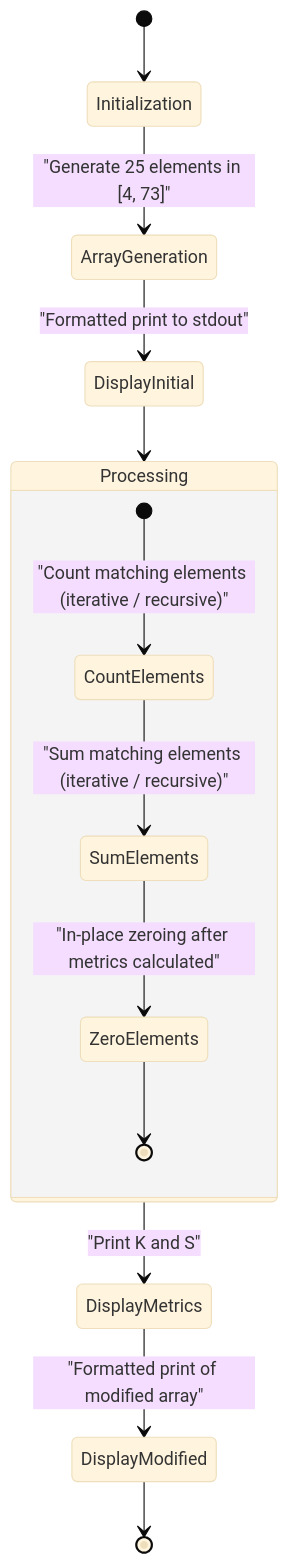
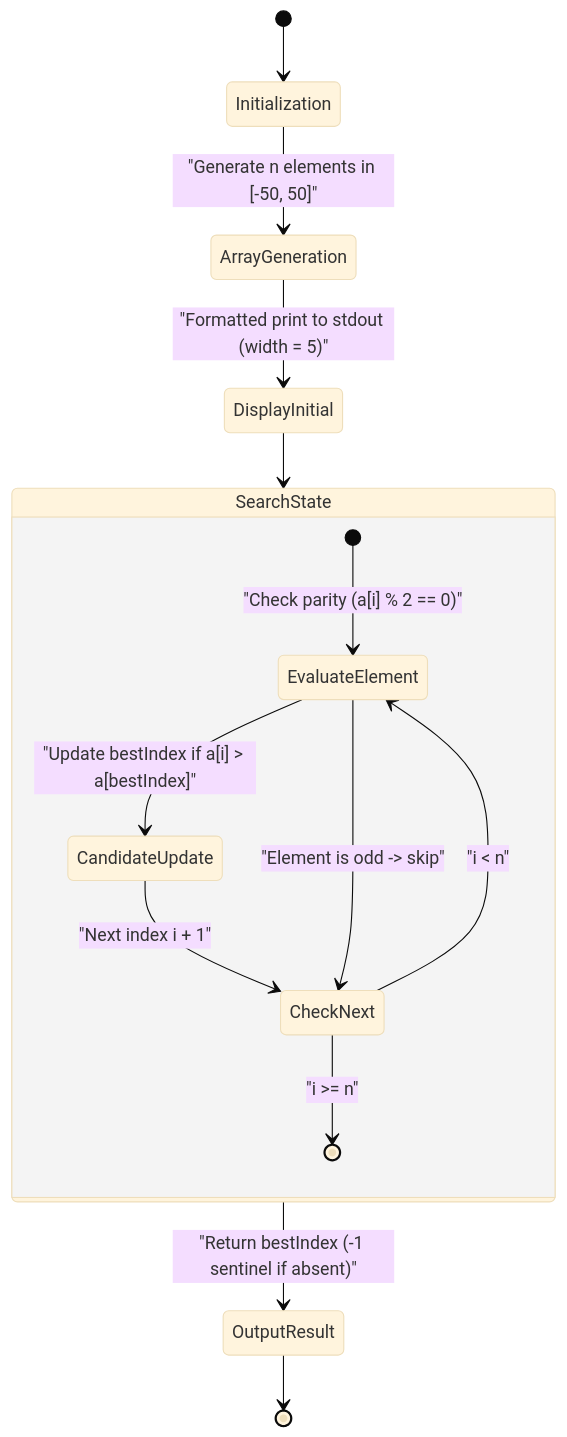
Before and after one commit to lviv-polytech/alg-cs-labs: the second of 3 diagrams in Lb6/README.md, drawn with Mermaid (base theme). The commit also changed other lines of this file and 4 other files, not shown here.

Commit message:
feat(lab-06): implement task 6.2 maximum even element search for variant 17

````diff
--- a/Lb6/README.md
+++ b/Lb6/README.md
@@ -58,18 +63,19 @@
 ```mermaid
 stateDiagram-v2
     [*] --> Initialization
-    Initialization --> ArrayGeneration: "Generate 25 elements in [4, 73]"
-    ArrayGeneration --> DisplayInitial: "Formatted print to stdout"
-    DisplayInitial --> Processing
+    Initialization --> ArrayGeneration: "Generate n elements in [-50, 50]"
+    ArrayGeneration --> DisplayInitial: "Formatted print to stdout (width = 5)"
+    DisplayInitial --> SearchState
     
-    state Processing {
-        [*] --> CountElements: "Count matching elements (iterative / recursive)"
-        CountElements --> SumElements: "Sum matching elements (iterative / recursive)"
-        SumElements --> ZeroElements: "In-place zeroing after metrics calculated"
-        ZeroElements --> [*]
+    state SearchState {
+        [*] --> EvaluateElement: "Check parity (a[i] % 2 == 0)"
+        EvaluateElement --> CandidateUpdate: "Update bestIndex if a[i] > a[bestIndex]"
+        CandidateUpdate --> CheckNext: "Next index i + 1"
+        EvaluateElement --> CheckNext: "Element is odd -> skip"
+        CheckNext --> EvaluateElement: "i < n"
+        CheckNext --> [*]: "i >= n"
     }
     
-    Processing --> DisplayMetrics: "Print K and S"
-    DisplayMetrics --> DisplayModified: "Formatted print of modified array"
-    DisplayModified --> [*]
+    SearchState --> OutputResult: "Return bestIndex (-1 sentinel if absent)"
+    OutputResult --> [*]
 ```
````
